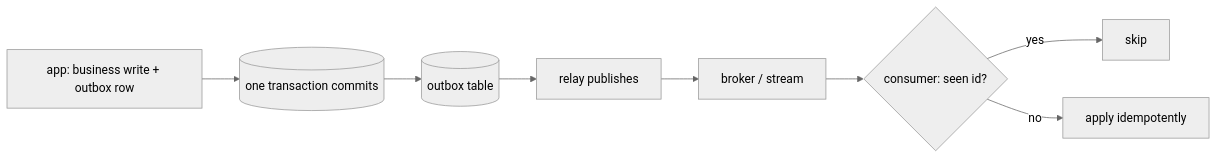
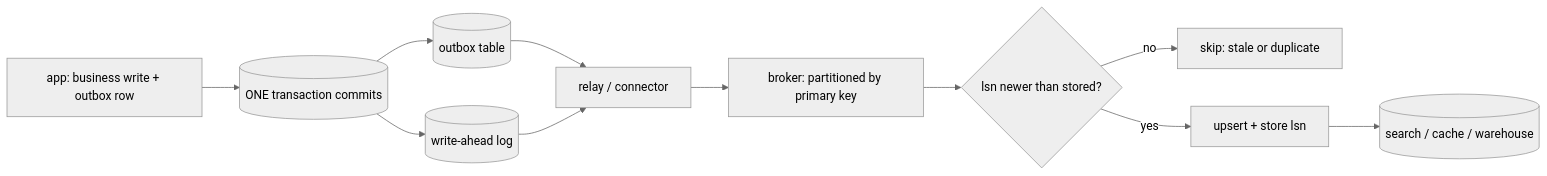
Before and after one commit to Sundeepg98/deepdive-rehearsal: the diagram in src/topics-md/cdc.md, drawn with Mermaid (neutral theme). The commit also changed other lines of this file and 41 other files, not shown here.

````diff
--- a/src/topics-md/cdc.md
+++ b/src/topics-md/cdc.md
@@ -257,10 +614,13 @@
 ```mermaid
 flowchart LR
-  A["app: business write + outbox row"] --> T[("one transaction commits")]
+  A["app: business write + outbox row"] --> T[("ONE transaction commits")]
   T --> O[(outbox table)]
-  O --> R["relay publishes"]
-  R --> B["broker / stream"]
-  B --> C{"consumer: seen id?"}
-  C -- yes --> S[skip]
-  C -- no --> Y[apply idempotently]
+  T --> W[("write-ahead log")]
+  O --> R["relay / connector"]
+  W --> R
+  R --> B["broker: partitioned by primary key"]
+  B --> C{"lsn newer than stored?"}
+  C -- no --> S["skip: stale or duplicate"]
+  C -- yes --> Y["upsert + store lsn"]
+  Y --> D[("search / cache / warehouse")]
 ```
````
